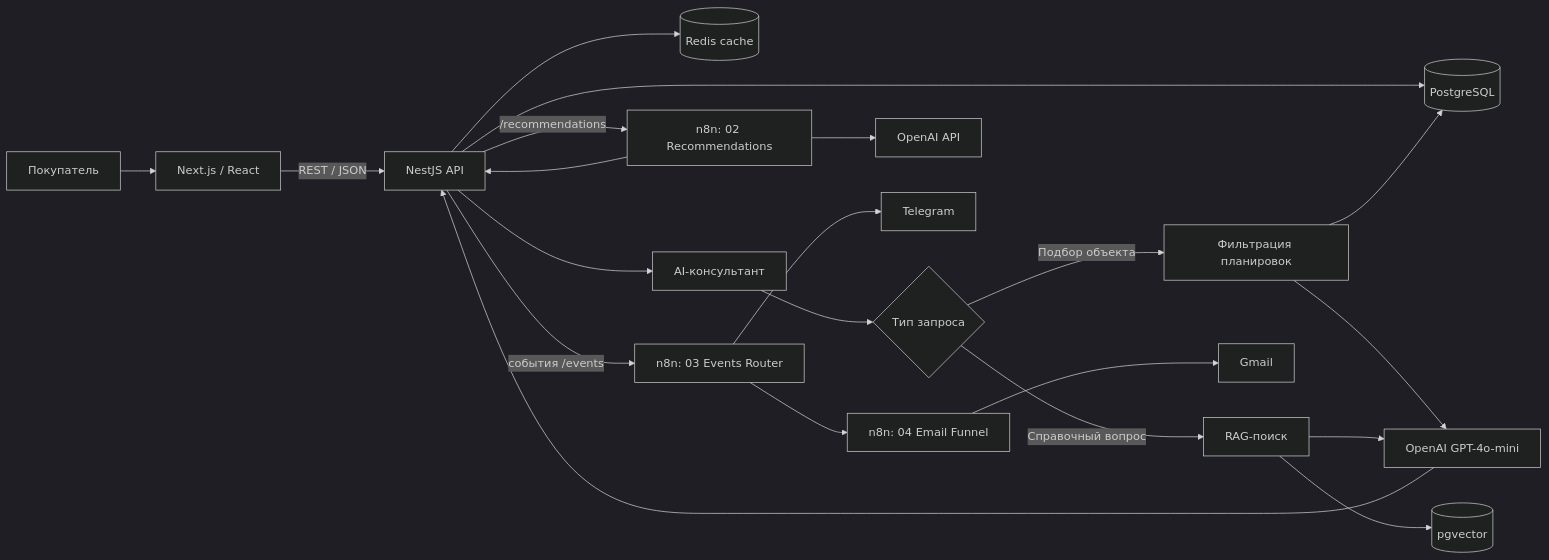
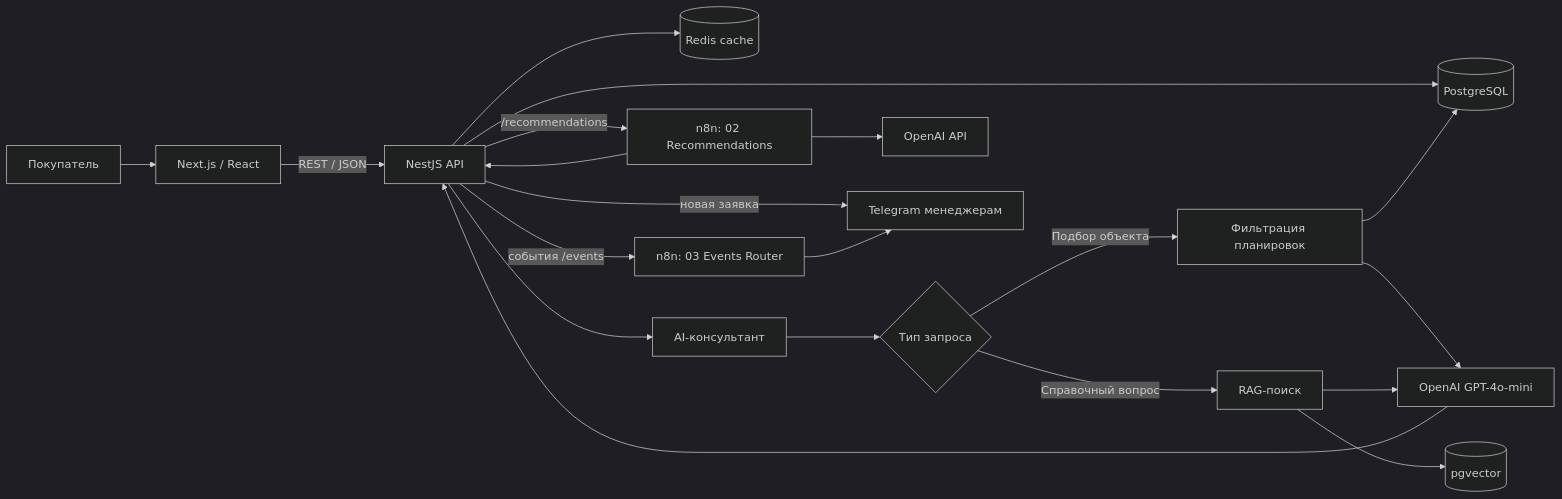
One commit to Zaynetdinova/estate_ufa changed the first of 4 diagrams in README.md. Above: the diagram before and after it, drawn with Mermaid (dark theme). The commit also changed other lines of this file and 29 other files, not shown here.

First line of the commit message:
Заявка «Подобрать с менеджером» в чате и калькуляторе, уведомления в Telegram

````diff
--- a/README.md
+++ b/README.md
@@ -96,29 +109,28 @@
 ```mermaid
 flowchart LR
     USER[Покупатель] --> WEB[Next.js / React]
     WEB -->|REST / JSON| API[NestJS API]
 
     API --> PG[(PostgreSQL)]
     API --> REDIS[(Redis cache)]
 
     API --> CHAT[AI-консультант]
     CHAT --> ROUTER{Тип запроса}
 
     ROUTER -->|Подбор объекта| SEARCH[Фильтрация планировок]
     SEARCH --> PG
     SEARCH --> GPT[OpenAI GPT-4o-mini]
     GPT --> API
 
     ROUTER -->|Справочный вопрос| RAG[RAG-поиск]
     RAG --> PGVECTOR[(pgvector)]
     RAG --> GPT
 
     API -->|/recommendations| WF2[n8n: 02 Recommendations]
     WF2 --> OPENAI[OpenAI API]
     WF2 --> API
 
+    API -->|новая заявка| TG[Telegram менеджерам]
     API -->|события /events| WF3[n8n: 03 Events Router]
-    WF3 --> TG[Telegram]
-    WF3 --> WF4[n8n: 04 Email Funnel]
-    WF4 --> GMAIL[Gmail]
+    WF3 --> TG
 ```
````
